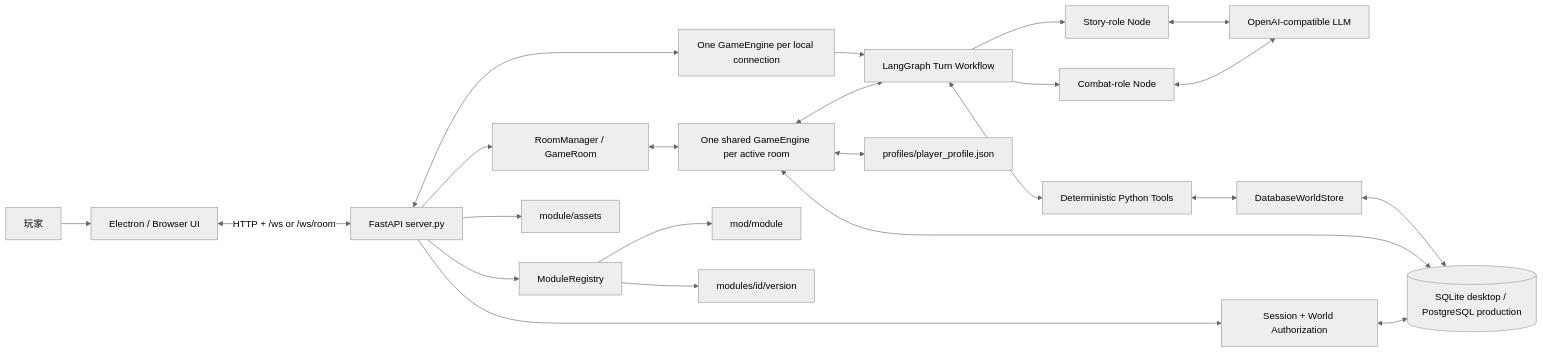
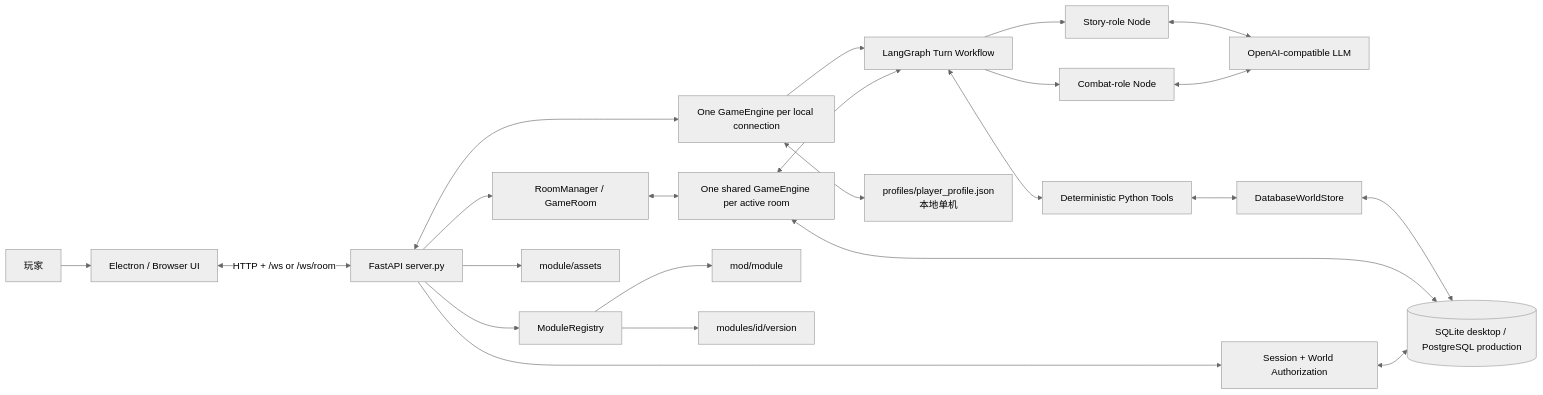
The first of 4 diagrams in docs/ARCHITECTURE.md (Inaglyite/TRPG-Master), drawn with Mermaid (neutral theme) before and after one commit. The commit also changed other lines of this file and 86 other files, not shown here.

````diff
--- a/docs/ARCHITECTURE.md
+++ b/docs/ARCHITECTURE.md
@@ -38,25 +38,25 @@
 ```mermaid
 flowchart LR
     Player[玩家] --> UI[Electron / Browser UI]
     UI <--> |HTTP + /ws or /ws/room| Server[FastAPI server.py]
     Server --> Rooms[RoomManager / GameRoom]
     Rooms <--> Engine[One shared GameEngine per active room]
     Server <--> LocalEngine[One GameEngine per local connection]
     LocalEngine --> Graph
     Engine <--> Graph[LangGraph Turn Workflow]
     Graph --> Story[Story-role Node]
     Graph --> Combat[Combat-role Node]
     Story <--> LLM[OpenAI-compatible LLM]
     Combat <--> LLM
     Graph <--> Tools[Deterministic Python Tools]
     Tools <--> Store[DatabaseWorldStore]
     Store <--> DB[(SQLite desktop / PostgreSQL production)]
     Engine <--> DB
     Server --> Auth[Session + World Authorization]
     Auth <--> DB
-    Engine <--> Profile[profiles/player_profile.json]
+    LocalEngine <--> Profile["profiles/player_profile.json<br/>本地单机"]
     Server --> Registry[ModuleRegistry]
     Registry --> Builtin[mod/module]
     Registry --> UserModules[modules/id/version]
     Server --> Assets[module/assets]
 ```
````
